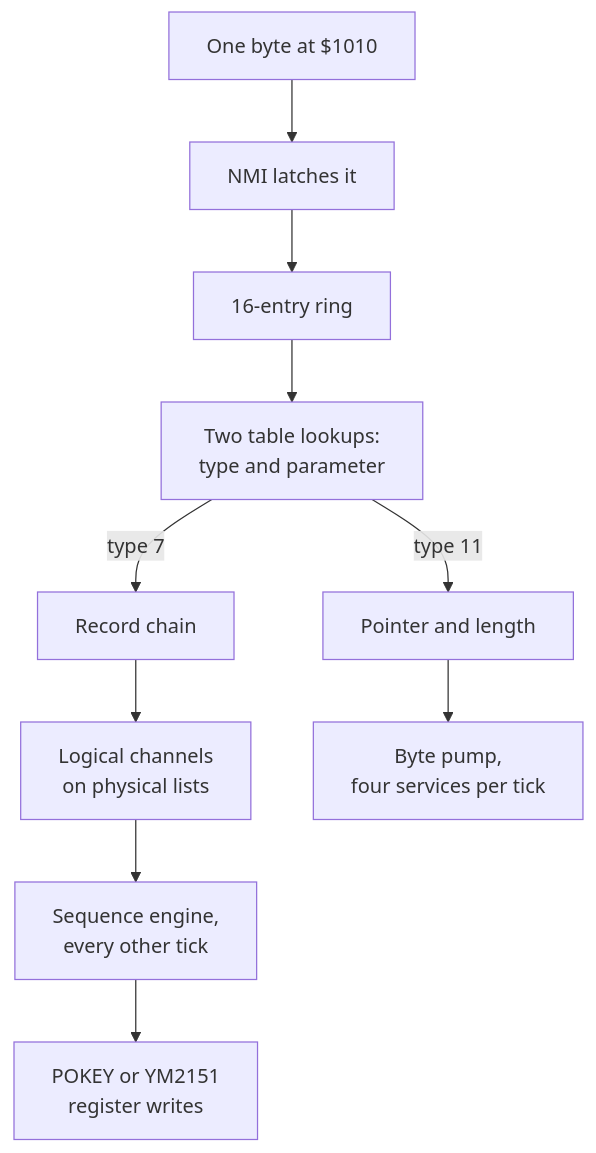
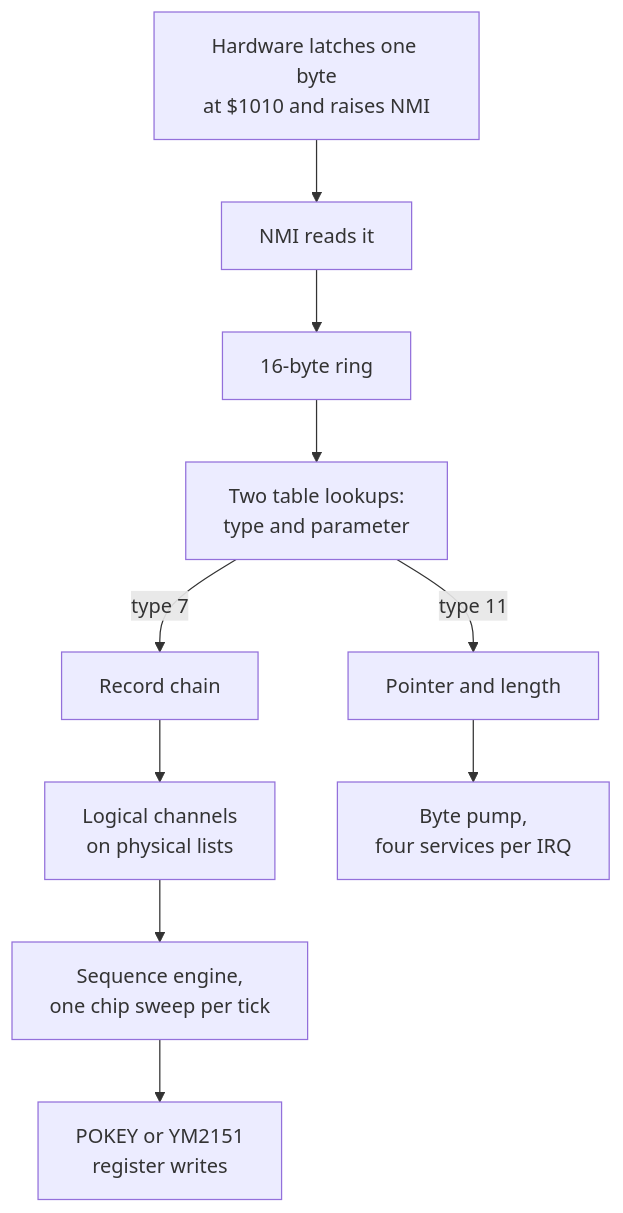
One commit to alinsavix/gauntlet-soundrom-ai-reveng changed the diagram in book/14_chip_tests.md. Above: the diagram before and after it, drawn with Mermaid. The commit also changed other lines of this file and 14 other files, not shown here.

````diff
--- a/book/14_chip_tests.md
+++ b/book/14_chip_tests.md
@@ -278,12 +286,12 @@
 ```mermaid
 flowchart TD
-    Byte["One byte at $1010"] --> NMI["NMI latches it"]
-    NMI --> Ring["16-entry ring"]
+    Byte["Hardware latches one byte<br/>at $1010 and raises NMI"] --> NMI["NMI reads it"]
+    NMI --> Ring["16-byte ring"]
     Ring --> Disp["Two table lookups:<br/>type and parameter"]
     Disp -->|"type 7"| Chain["Record chain"]
     Disp -->|"type 11"| Speech["Pointer and length"]
     Chain --> Alloc["Logical channels<br/>on physical lists"]
-    Alloc --> Sweep["Sequence engine,<br/>every other tick"]
+    Alloc --> Sweep["Sequence engine,<br/>one chip sweep per tick"]
     Sweep --> Chips["POKEY or YM2151<br/>register writes"]
-    Speech --> Pump["Byte pump,<br/>four services per tick"]
+    Speech --> Pump["Byte pump,<br/>four services per IRQ"]
 ```
````
